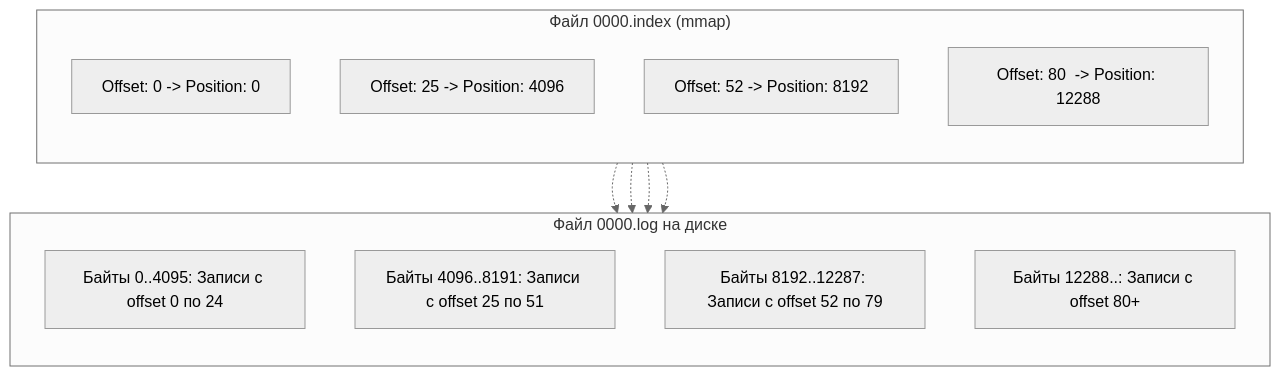
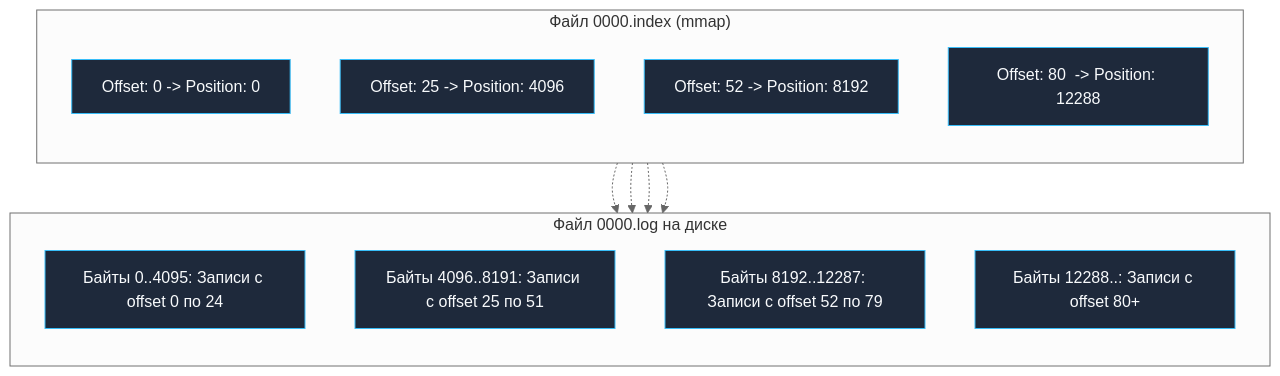
One commit to UnrealTemplier/go-textbook changed the second of 5 diagrams in sources/13. Очереди, брокеры сообщений и оркестраторы/03. Kafka/7. Kafka storage под капотом.md. Above: the diagram before and after it, drawn with Mermaid (neutral theme). The commit also changed other lines of this file and 1666 other files, not shown here.

First line of the commit message:
feat(mermaid): add semantic color classDef to 1369 colorless flowchart/graph diagrams

````diff
--- a/sources/13. Очереди, брокеры сообщений и оркестраторы/03. Kafka/7. Kafka storage под капотом.md
+++ b/sources/13. Очереди, брокеры сообщений и оркестраторы/03. Kafka/7. Kafka storage под капотом.md
@@ -119,23 +129,33 @@
 ```mermaid
 flowchart TD
+    classDef process  fill:#1e293b,stroke:#38bdf8,stroke-width:1px,color:#f8fafc
+    classDef success  fill:#064e3b,stroke:#34d399,stroke-width:1px,color:#f8fafc
+    classDef error    fill:#7f1d1d,stroke:#f87171,stroke-width:1px,color:#f8fafc
+    classDef warning  fill:#78350f,stroke:#fbbf24,stroke-width:1px,color:#f8fafc
+    classDef entry    fill:#1e3a5f,stroke:#38bdf8,stroke-width:2px,color:#f8fafc
+    classDef aux      fill:#334155,stroke:#64748b,stroke-width:1px,color:#f8fafc
+    classDef system   fill:#312e81,stroke:#a78bfa,stroke-width:1px,color:#f8fafc
+    classDef data     fill:#132d29,stroke:#2dd4bf,stroke-width:1px,color:#f8fafc
+    classDef network  fill:#881337,stroke:#fb7185,stroke-width:1px,color:#f8fafc
+    classDef accent   fill:#1e1b4b,stroke:#818cf8,stroke-width:1px,color:#f8fafc
     subgraph SparseIndex["Файл 0000.index (mmap)"]
         direction TB
-        I1["Offset: 0   -> Position: 0"]
-        I2["Offset: 25  -> Position: 4096"]
-        I3["Offset: 52  -> Position: 8192"]
-        I4["Offset: 80  -> Position: 12288"]
+        I1["Offset: 0   -> Position: 0"]:::process
+        I2["Offset: 25  -> Position: 4096"]:::process
+        I3["Offset: 52  -> Position: 8192"]:::process
+        I4["Offset: 80  -> Position: 12288"]:::process
     end
 
     subgraph LogFile["Файл 0000.log на диске"]
         direction TB
-        L1["Байты 0..4095: Записи с offset 0 по 24"]
-        L2["Байты 4096..8191: Записи с offset 25 по 51"]
-        L3["Байты 8192..12287: Записи с offset 52 по 79"]
-        L4["Байты 12288..: Записи с offset 80+"]
+        L1["Байты 0..4095: Записи с offset 0 по 24"]:::process
+        L2["Байты 4096..8191: Записи с offset 25 по 51"]:::process
+        L3["Байты 8192..12287: Записи с offset 52 по 79"]:::process
+        L4["Байты 12288..: Записи с offset 80+"]:::process
     end
 
     I1 -.-> L1
     I2 -.-> L2
     I3 -.-> L3
     I4 -.-> L4
 ```
````
